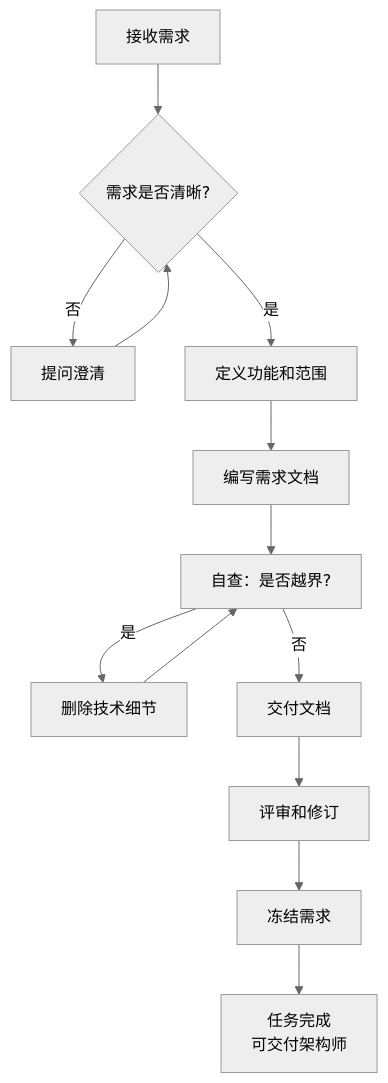
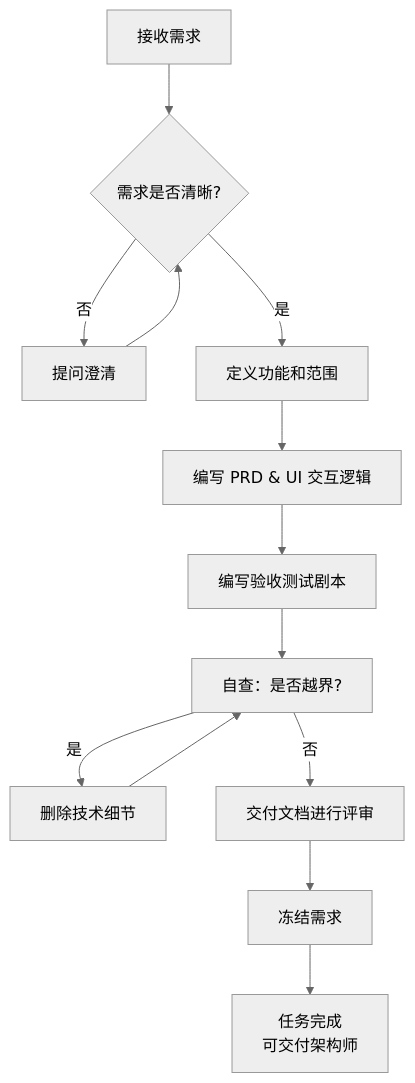
Before and after one commit to ZhangColin/ai-teacher-platform: the diagram in docs/roles/product_manager.md, drawn with Mermaid (neutral theme). The commit also changed other lines of this file and 3 other files, not shown here.

````diff
--- a/docs/roles/product_manager.md
+++ b/docs/roles/product_manager.md
@@ -473,15 +509,15 @@
 ```mermaid
 graph TD
     A[接收需求] --> B{需求是否清晰?}
     B -->|否| C[提问澄清]
     C --> B
     B -->|是| D[定义功能和范围]
-    D --> E[编写需求文档]
-    E --> F[自查：是否越界?]
-    F -->|是| G[删除技术细节]
-    G --> F
-    F -->|否| H[交付文档]
-    H --> I[评审和修订]
+    D --> E[编写 PRD & UI 交互逻辑]
+    E --> F[编写验收测试剧本]
+    F --> G[自查：是否越界?]
+    G -->|是| H[删除技术细节]
+    H --> G
+    G -->|否| I[交付文档进行评审]
     I --> J[冻结需求]
     J --> K[任务完成<br/>可交付架构师]
 ```
````
